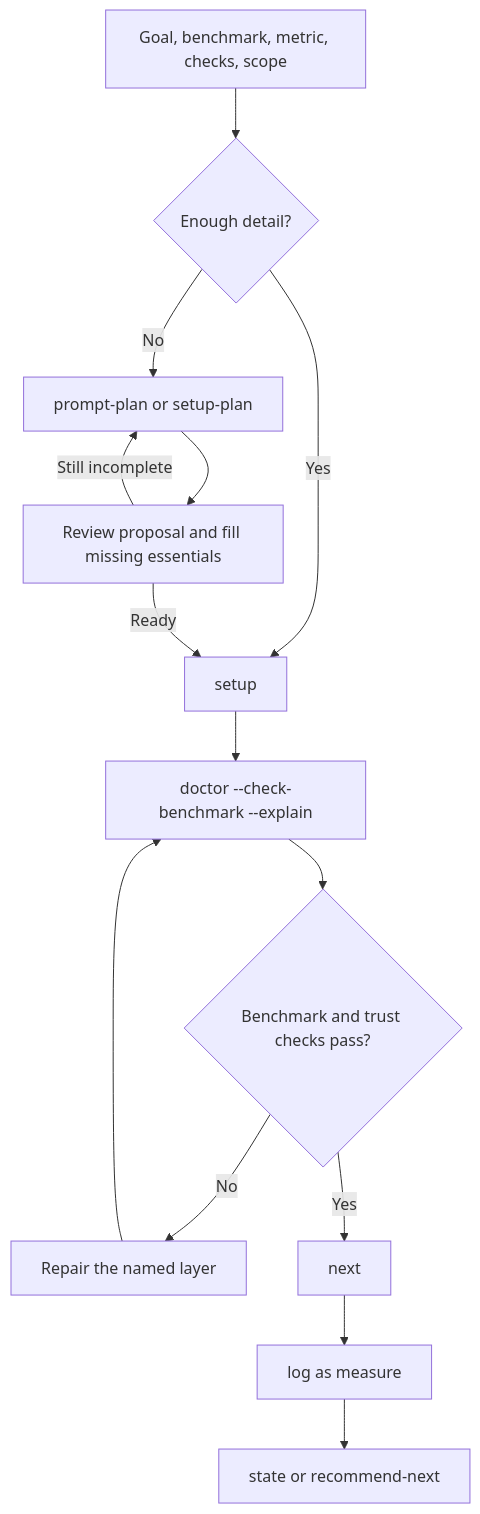
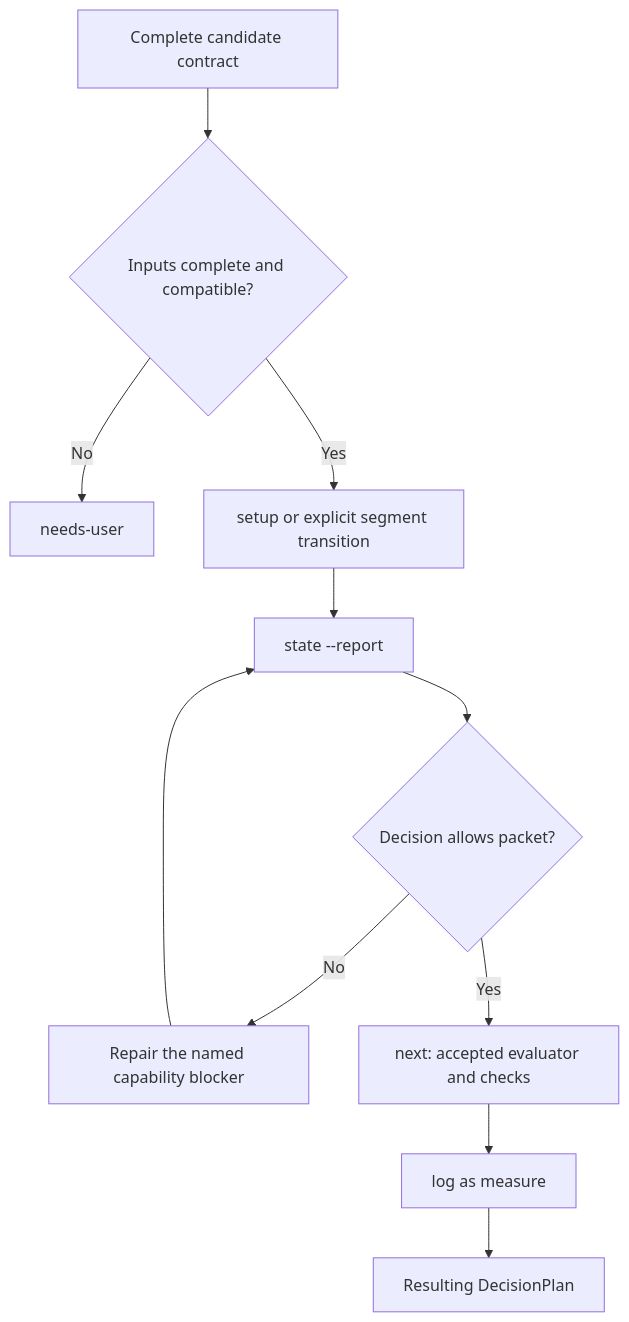
Before and after one commit to TheGreenCedar/codex-autoresearch: the second of 6 diagrams in plugins/codex-autoresearch/docs/workflows.md, drawn with Mermaid. The commit also changed other lines of this file and 28 other files, not shown here.

````diff
--- a/plugins/codex-autoresearch/docs/workflows.md
+++ b/plugins/codex-autoresearch/docs/workflows.md
@@ -7,16 +24,13 @@
 ```mermaid
 flowchart TD
-  A["Goal, benchmark, metric, checks, scope"] --> B{"Enough detail?"}
-  B -- "No" --> C["prompt-plan or setup-plan"]
-  B -- "Yes" --> D["setup"]
-  C --> R["Review proposal and fill missing essentials"]
-  R -- "Still incomplete" --> C
-  R -- "Ready" --> D
-  D --> E["doctor --check-benchmark --explain"]
-  E --> F{"Benchmark and trust checks pass?"}
-  F -- "No" --> G["Repair the named layer"]
+  A["Complete candidate contract"] --> B{"Inputs complete and compatible?"}
+  B -- "No" --> C["needs-user"]
+  B -- "Yes" --> D["setup or explicit segment transition"]
+  D --> E["state --report"]
+  E --> F{"Decision allows packet?"}
+  F -- "No" --> G["Repair the named capability blocker"]
   G --> E
-  F -- "Yes" --> H["next"]
+  F -- "Yes" --> H["next: accepted evaluator and checks"]
   H --> I["log as measure"]
-  I --> J["state or recommend-next"]
+  I --> J["Resulting DecisionPlan"]
 ```
````
